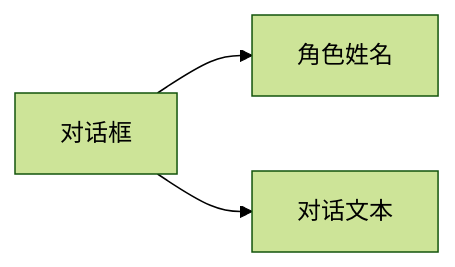
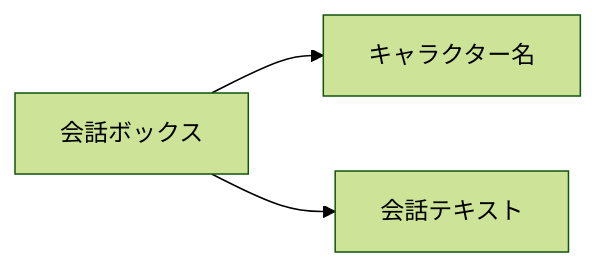
One commit to DSOE1024/konado changed the diagram in docs/ja/tutorial/script/conversation.md. Above: the diagram before and after it, drawn with Mermaid (forest theme). The commit also changed other lines of this file and 224 other files, not shown here.

````diff
--- a/docs/ja/tutorial/script/conversation.md
+++ b/docs/ja/tutorial/script/conversation.md
@@ -9,5 +9,5 @@
 ```mermaid
 graph LR
-    A[对话框] --> B[角色姓名]
-    A --> D[对话文本]
+    A[会話ボックス] --> B[キャラクター名]
+    A --> D[会話テキスト]
 ```
````
